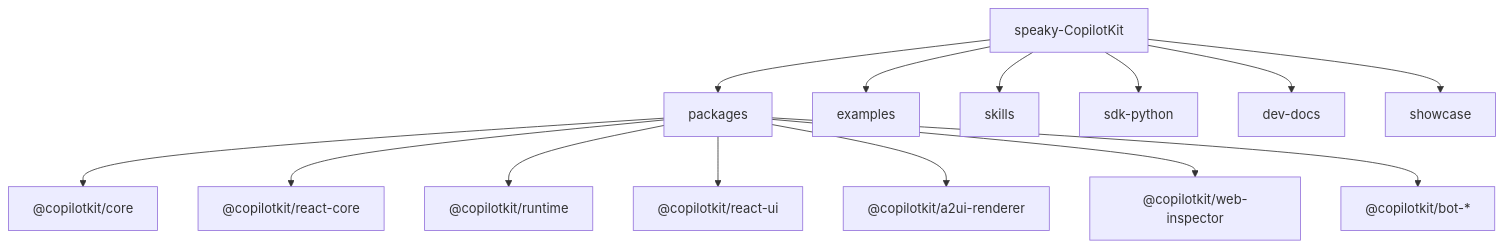
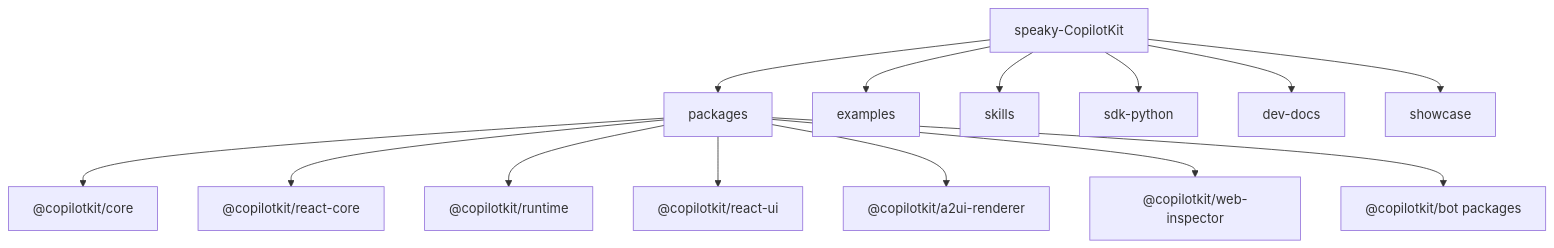
One commit to nfbs2000/speaky-CopilotKit changed the first of 3 diagrams in site/docs/copilotkit-source/02-monorepo-map.md. Above: the diagram before and after it, drawn with Mermaid. The commit also changed other lines of this file and 12 other files, not shown here.

````diff
--- a/site/docs/copilotkit-source/02-monorepo-map.md
+++ b/site/docs/copilotkit-source/02-monorepo-map.md
@@ -7,17 +7,17 @@
 ```mermaid
 flowchart TB
   Root["speaky-CopilotKit"] --> Packages["packages"]
   Root --> Examples["examples"]
   Root --> Skills["skills"]
   Root --> Python["sdk-python"]
   Root --> DevDocs["dev-docs"]
   Root --> Showcase["showcase"]
 
   Packages --> Core["@copilotkit/core"]
   Packages --> ReactCore["@copilotkit/react-core"]
   Packages --> Runtime["@copilotkit/runtime"]
   Packages --> ReactUI["@copilotkit/react-ui"]
   Packages --> A2UI["@copilotkit/a2ui-renderer"]
   Packages --> Inspector["@copilotkit/web-inspector"]
-  Packages --> Bots["@copilotkit/bot-*"]
+  Packages --> Bots["@copilotkit/bot packages"]
 ```
````
